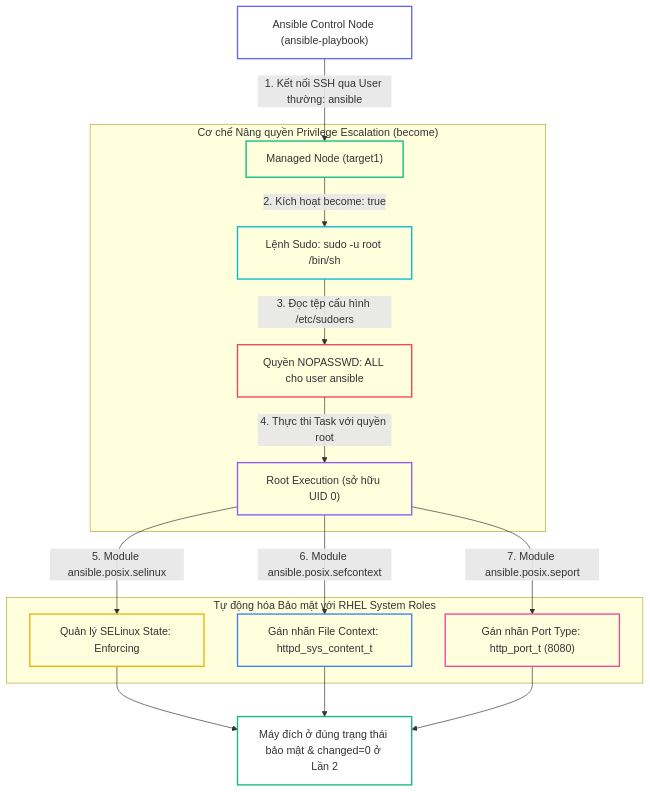
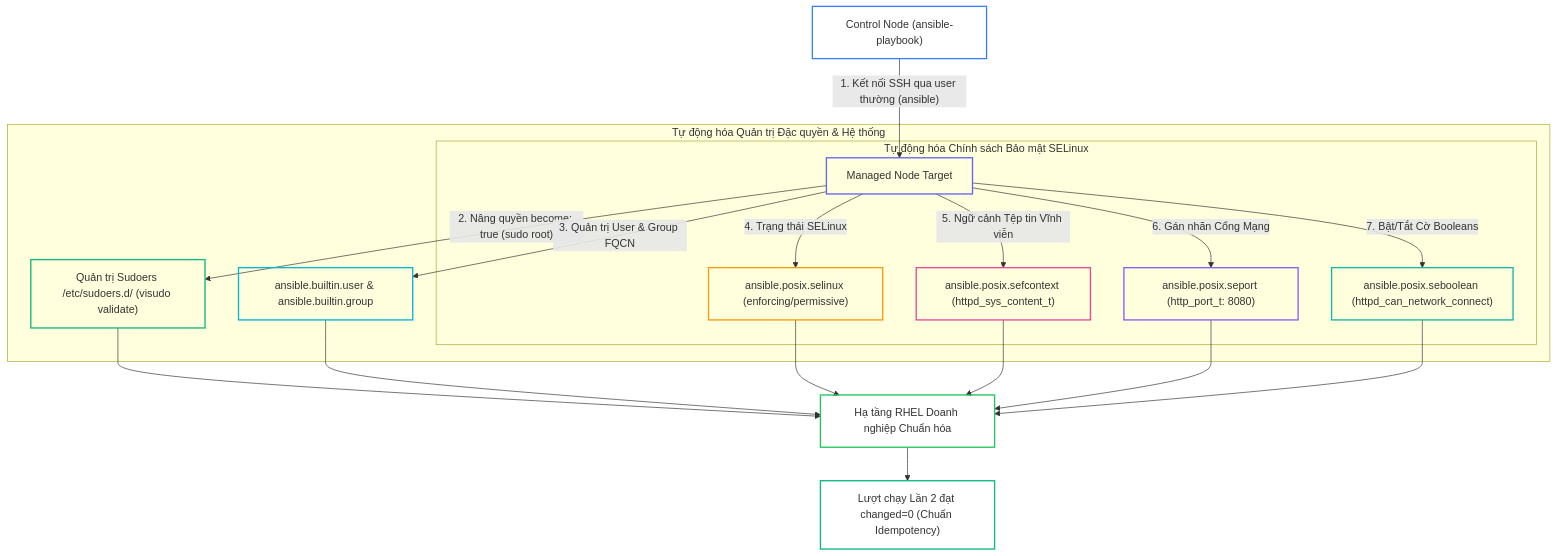
The first of 3 diagrams in _posts/2026-09-13-ansible-21-21-system-roles-selinux.md (kiennt308/ntk), drawn with Mermaid before and after one commit. The commit also changed other lines of this file and 30 other files, not shown here.

Commit message:
refactor(ansible): standardize all 31 posts to 7-section structure and clean QA cards

````diff
--- a/_posts/2026-09-13-ansible-21-21-system-roles-selinux.md
+++ b/_posts/2026-09-13-ansible-21-21-system-roles-selinux.md
@@ -82,30 +35,36 @@
 ```mermaid
 graph TD
-    A["Ansible Control Node (ansible-playbook)"] -->|"1. Kết nối SSH qua User thường: ansible"| B["Managed Node (target1)"]
+    A["Control Node (ansible-playbook)"] -->|"1. Kết nối SSH qua user thường (ansible)"| B["Managed Node Target"]
     
-    subgraph "Cơ chế Nâng quyền Privilege Escalation (become)"
-        B -->|"2. Kích hoạt become: true"| C["Lệnh Sudo: sudo -u root /bin/sh"]
-        C -->|"3. Đọc tệp cấu hình /etc/sudoers"| D["Quyền NOPASSWD: ALL cho user ansible"]
-        D -->|"4. Thực thi Task với quyền root"| E["Root Execution (sở hữu UID 0)"]
+    subgraph "Tự động hóa Quản trị Đặc quyền & Hệ thống"
+        B -->|"2. Nâng quyền become: true (sudo root)"| C["Quản trị Sudoers /etc/sudoers.d/ (visudo validate)"]
+        B -->|"3. Quản trị User & Group FQCN"| D["ansible.builtin.user & ansible.builtin.group"]
+        
+        subgraph "Tự động hóa Chính sách Bảo mật SELinux"
+            B -->|"4. Trạng thái SELinux"| E["ansible.posix.selinux (enforcing/permissive)"]
+            B -->|"5. Ngữ cảnh Tệp tin Vĩnh viễn"| F["ansible.posix.sefcontext (httpd_sys_content_t)"]
+            B -->|"6. Gán nhãn Cổng Mạng"| G["ansible.posix.seport (http_port_t: 8080)"]
+            B -->|"7. Bật/Tắt Cờ Booleans"| H["ansible.posix.seboolean (httpd_can_network_connect)"]
+        end
     end
     
-    subgraph "Tự động hóa Bảo mật với RHEL System Roles"
-        E -->|"5. Module ansible.posix.selinux"| F["Quản lý SELinux State: Enforcing"]
-        E -->|"6. Module ansible.posix.sefcontext"| G["Gán nhãn File Context: httpd_sys_content_t"]
-        E -->|"7. Module ansible.posix.seport"| H["Gán nhãn Port Type: http_port_t (8080)"]
-    end
-    
-    F --> I["Máy đích ở đúng trạng thái bảo mật & changed=0 ở Lần 2"]
+    C --> I["Hạ tầng RHEL Doanh nghiệp Chuẩn hóa"]
+    D --> I
+    E --> I
+    F --> I
     G --> I
     H --> I
+    
+    I --> J["Lượt chạy Lần 2 đạt changed=0 (Chuẩn Idempotency)"]
 
-    style A fill:none,stroke:#6366f1,stroke-width:2px
-    style B fill:none,stroke:#10b981,stroke-width:2px
-    style C fill:none,stroke:#06b6d4,stroke-width:2px
-    style D fill:none,stroke:#f43f5e,stroke-width:2px
-    style E fill:none,stroke:#8b5cf6,stroke-width:2px
-    style F fill:none,stroke:#eab308,stroke-width:2px
-    style G fill:none,stroke:#3b82f6,stroke-width:2px
-    style H fill:none,stroke:#ec4899,stroke-width:2px
-    style I fill:none,stroke:#10b981,stroke-width:2px
+    style A fill:none,stroke:#3b82f6,stroke-width:2px
+    style B fill:none,stroke:#6366f1,stroke-width:2px
+    style C fill:none,stroke:#10b981,stroke-width:2px
+    style D fill:none,stroke:#06b6d4,stroke-width:2px
+    style E fill:none,stroke:#f59e0b,stroke-width:2px
+    style F fill:none,stroke:#ec4899,stroke-width:2px
+    style G fill:none,stroke:#8b5cf6,stroke-width:2px
+    style H fill:none,stroke:#14b8a6,stroke-width:2px
+    style I fill:none,stroke:#22c55e,stroke-width:2px
+    style J fill:none,stroke:#10b981,stroke-width:2px
 ```
````
